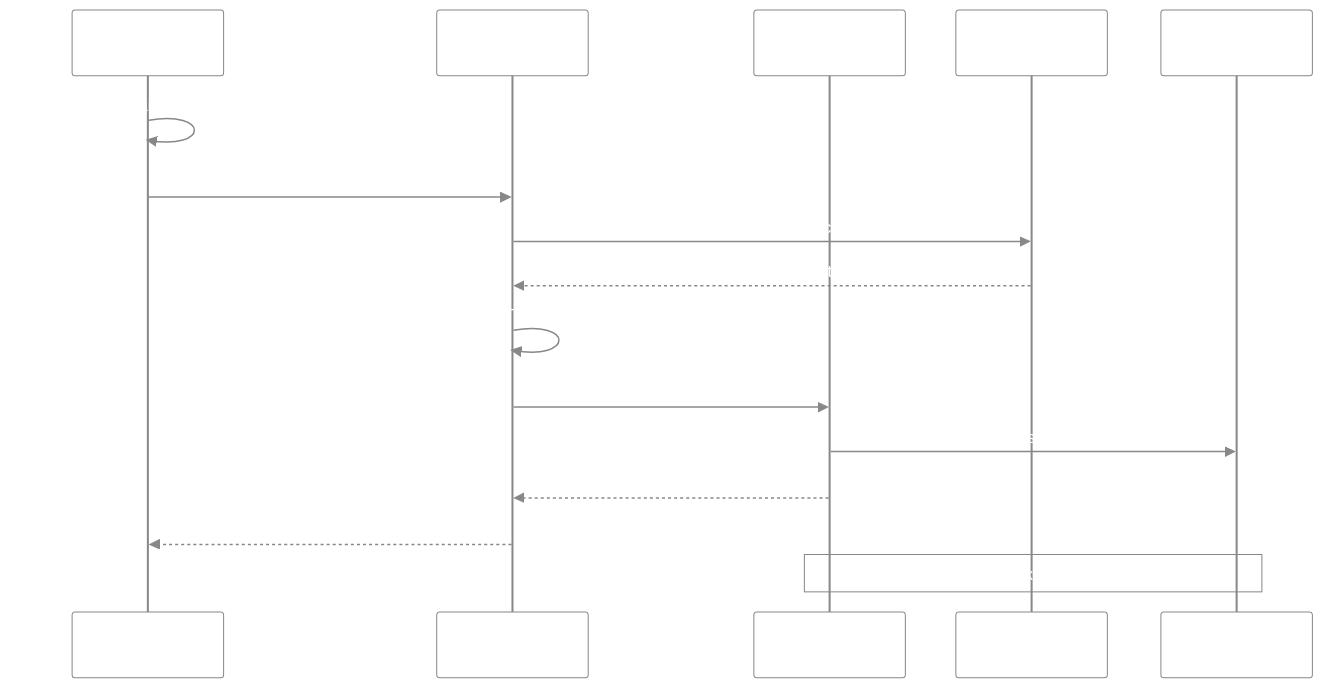
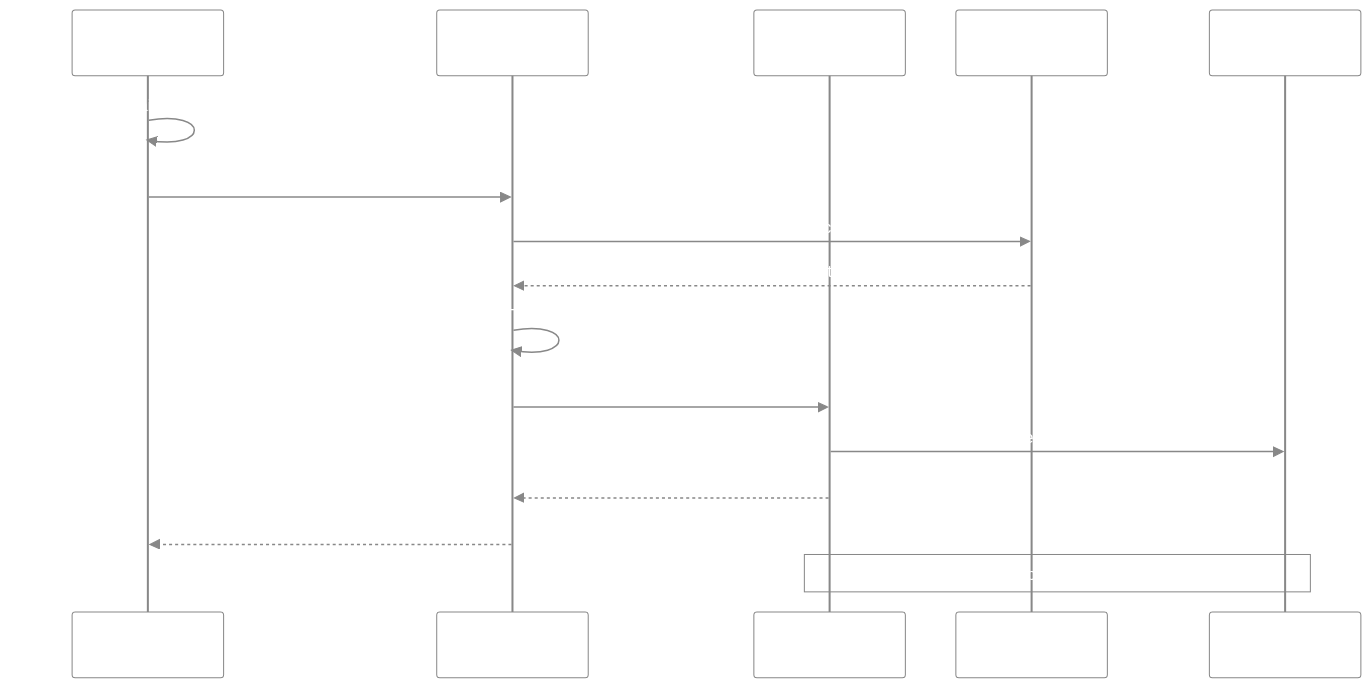
The fourth of 5 diagrams in README.md (N-Choo/CoinBot.v3), drawn with Mermaid before and after one commit. The commit also changed other lines of this file and 3 other files, not shown here.

````diff
--- a/README.md
+++ b/README.md
@@ -124,20 +124,20 @@
 ```mermaid
 %%{init: {"theme":"base","themeVariables":{"actorBkg":"transparent","actorBorder":"#888","actorTextColor":"#fff","signalColor":"#888","signalTextColor":"#fff","labelBoxBkgColor":"transparent","labelBoxBorderColor":"#888","labelTextColor":"#fff","noteBkgColor":"transparent","noteBorderColor":"#888","noteTextColor":"#fff"}}}%%
 sequenceDiagram
     participant U as Wallet / SPA
     participant G as api_gateway
     participant W as deposit-worker
     participant E as Ethereum RPC
     participant DB as PostgreSQL
 
     U->>U: send USDT on-chain to platform wallet
     U->>G: POST /api/transactions/deposit (tx_hash)
     G->>E: get transaction + receipt
     E-->>G: tx (from, to, input)
     G->>G: verify sender, USDT contract, recipient
     G->>W: gRPC create_ticket0(tx_hash, uid)
     W->>DB: insert deposit (pending)
     W-->>G: ticket_id
     G-->>U: 200 ticket_id
-    Note over W,DB: sweeper confirms tx and credits balance
+    Note over W,DB: sweeper confirms tx, upserts the user, credits balance
 ```
````
